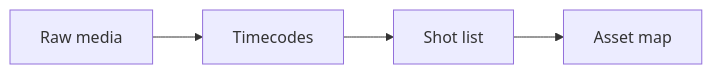
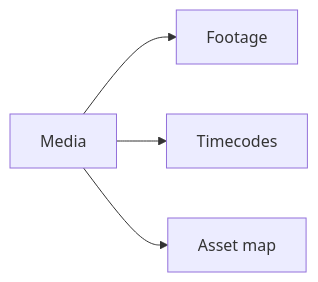
Before and after one commit to yuxuan6426/clipsignal: the third of 9 diagrams in docs/diagrams.md, drawn with Mermaid. The commit also changed other lines of this file and 27 other files, not shown here.

Commit message:
Redraw ClipSignal imagery and tighten workflow diagrams

````diff
--- a/docs/diagrams.md
+++ b/docs/diagrams.md
@@ -26,4 +34,6 @@
 ```mermaid
 flowchart LR
-  media0["Raw media"] --> media1["Timecodes"] --> media2["Shot list"] --> media3["Asset map"]
+  Media --> Footage
+  Media --> Timecodes
+  Media --> Map["Asset map"]
 ```
````
